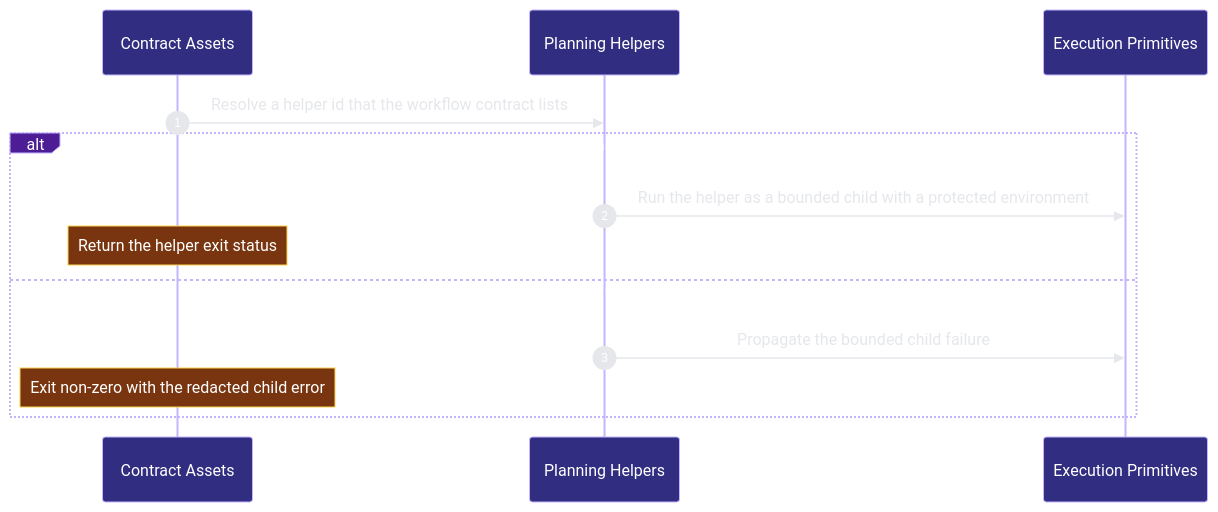
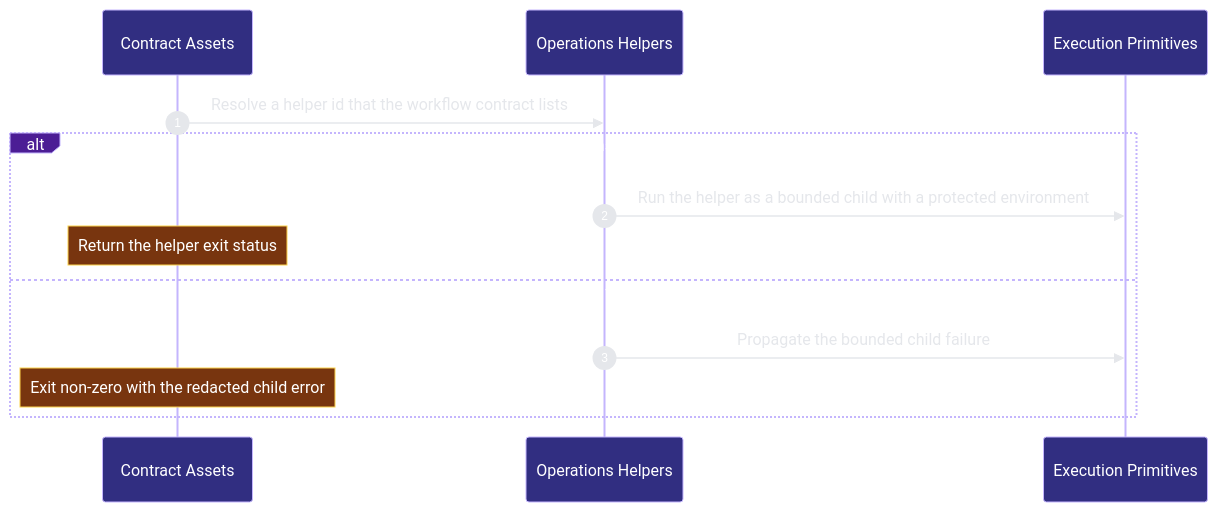
One commit to Ancienttwo/repo-harness changed the third of 3 diagrams in docs/architecture/modules/workflow-engine/contract-assets.md. Above: the diagram before and after it, drawn with Mermaid. The commit also changed other lines of this file and 8 other files, not shown here.

First line of the commit message:
chore(projection): refresh generated architecture outputs for main@8916d116a09f

````diff
--- a/docs/architecture/modules/workflow-engine/contract-assets.md
+++ b/docs/architecture/modules/workflow-engine/contract-assets.md
@@ -177,16 +177,16 @@
 ```mermaid
 %%{init: {"theme":"base","themeVariables":{"background":"#0d1117","actorBkg":"#312e81","actorBorder":"#c4b5fd","actorTextColor":"#ffffff","signalColor":"#e5e7eb","signalTextColor":"#e5e7eb","labelBoxBkgColor":"#4c1d95","labelBoxBorderColor":"#c4b5fd","labelTextColor":"#ffffff","noteBkgColor":"#78350f","noteBorderColor":"#fcd34d","noteTextColor":"#ffffff","sequenceNumberColor":"#ffffff"}}}%%
 sequenceDiagram
   autonumber
   participant p2_capability_4262990f as Contract Assets
-  participant p2_helpers_21137951 as Planning Helpers
+  participant p2_helpers_21137951 as Operations Helpers
   participant p2_primitives_8dae000d as Execution Primitives
   p2_capability_4262990f->>p2_helpers_21137951: Resolve a helper id that the workflow contract lists
   alt The helper exits zero inside its timeout class
   p2_helpers_21137951->>p2_primitives_8dae000d: Run the helper as a bounded child with a protected environment
     Note over p2_capability_4262990f: Return the helper exit status
   else The helper is not listed or fails or times out
   p2_helpers_21137951->>p2_primitives_8dae000d: Propagate the bounded child failure
     Note over p2_capability_4262990f: Exit non-zero with the redacted child error
   end
 ```
````
